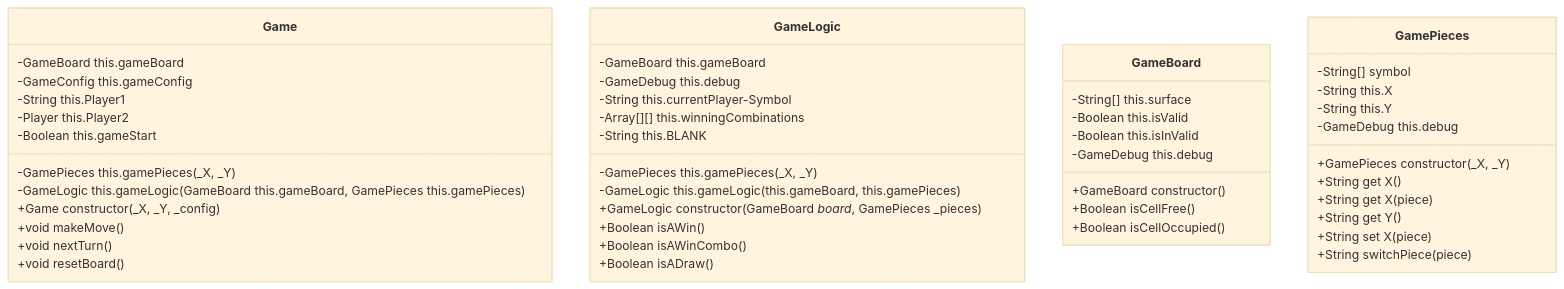
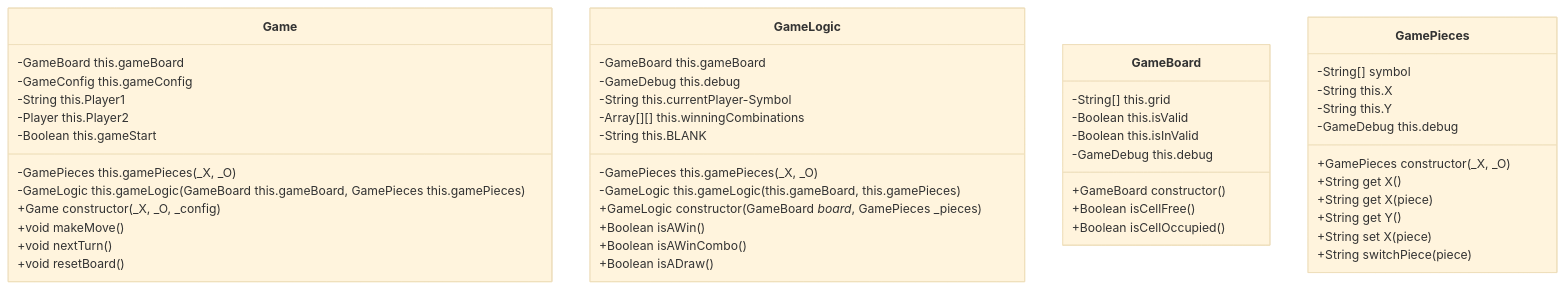
Before and after one commit to Code-Institute-Submissions/terni-lapilli--toe: the fifth of 6 diagrams in README.md, drawn with Mermaid (base theme). The commit also changed other lines of this file and 8 other files, not shown here.

````diff
--- a/README.md
+++ b/README.md
@@ -318,50 +319,50 @@
 ```mermaid
 classDiagram
     class Game {
         -GameBoard this.gameBoard
-        -GamePieces this.gamePieces(_X, _Y)
+        -GamePieces this.gamePieces(_X, _O)
         -GameLogic this.gameLogic(GameBoard this.gameBoard, GamePieces this.gamePieces)
         -GameConfig this.gameConfig
         -String this.Player1
         -Player this.Player2
         -Boolean this.gameStart
-        +Game constructor( _X, _Y, _config)
+        +Game constructor( _X, _O, _config)
         +void makeMove()
         +void nextTurn()
         +void resetBoard()
     }
     class GameLogic {
         -GameBoard this.gameBoard
-        -GamePieces this.gamePieces(_X, _Y)
+        -GamePieces this.gamePieces(_X, _O)
         -GameLogic this.gameLogic(this.gameBoard, this.gamePieces)
         -GameDebug this.debug
         -String this.currentPlayer-Symbol
         -Array[][] this.winningCombinations
         -String this.BLANK
         +GameLogic constructor(GameBoard _board_, GamePieces _pieces)
         +Boolean isAWin()
         +Boolean isAWinCombo()
         +Boolean isADraw()
     }
     class GameBoard {
-        -String[] this.surface
+        -String[] this.grid
         -Boolean this.isValid
         -Boolean this.isInValid
         -GameDebug this.debug
         +GameBoard constructor()
         +Boolean isCellFree()
         +Boolean isCellOccupied()
     }
     class GamePieces {
         -String[] symbol
         -String this.X
         -String this.Y
         -GameDebug this.debug
-        +GamePieces constructor(_X, _Y)
+        +GamePieces constructor(_X, _O)
         +String get X()
         +String get X(piece)
         +String get Y()
         +String set X(piece)
         +String switchPiece(piece)
     }
 ```
````
